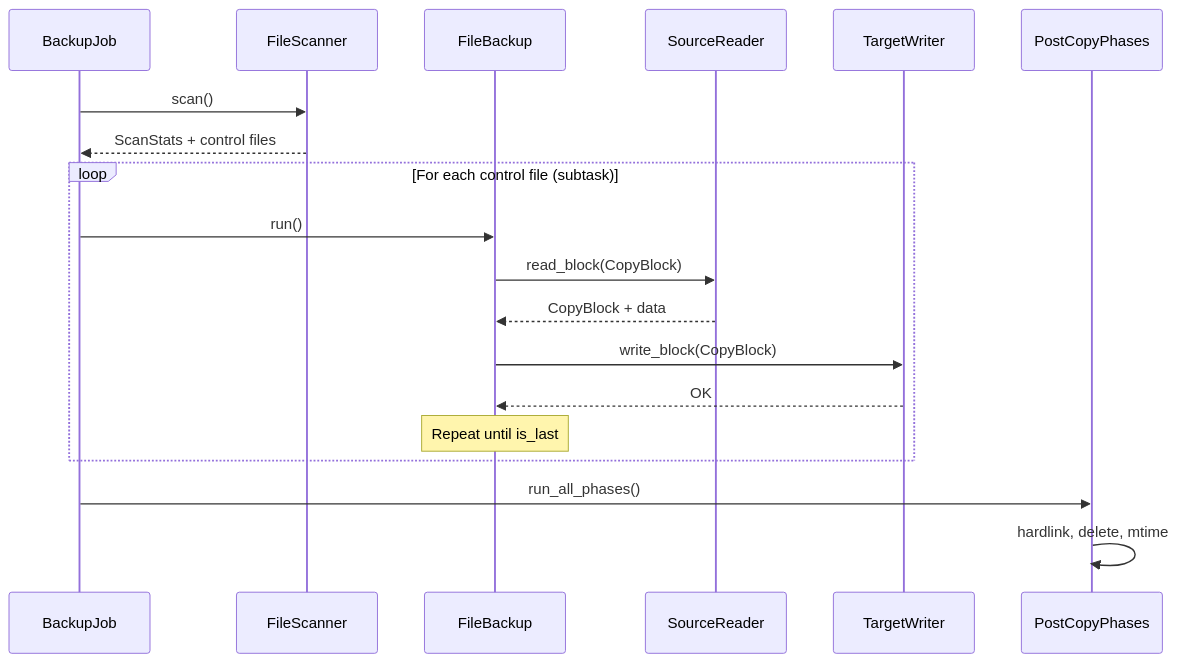
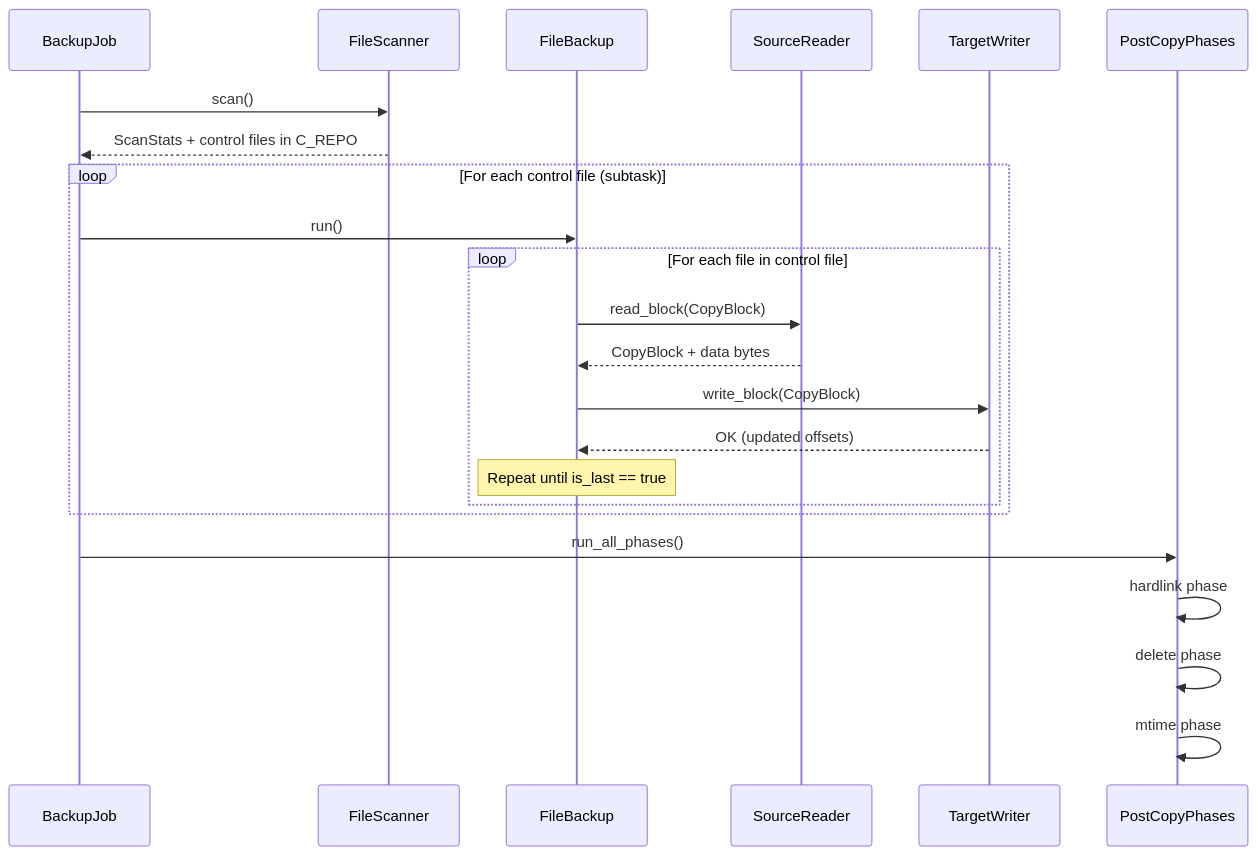
Before and after one commit to XUranus/fpt-rs: the second of 3 diagrams in wiki/docs/transports/traits.md, drawn with Mermaid. The commit also changed other lines of this file and 60 other files, not shown here.

First line of the commit message:
Enhance wiki: code snippets, mermaid diagrams, i18n zh-CN support

````diff
--- a/wiki/docs/transports/traits.md
+++ b/wiki/docs/transports/traits.md
@@ -321,24 +364,28 @@
 ```mermaid
 sequenceDiagram
     participant Job as BackupJob
     participant Scanner as FileScanner
     participant Subtask as FileBackup
     participant Reader as SourceReader
     participant Writer as TargetWriter
     participant Phases as PostCopyPhases
 
     Job->>Scanner: scan()
-    Scanner-->>Job: ScanStats + control files
+    Scanner-->>Job: ScanStats + control files in C_REPO
 
     loop For each control file (subtask)
         Job->>Subtask: run()
-        Subtask->>Reader: read_block(CopyBlock)
-        Reader-->>Subtask: CopyBlock + data
-        Subtask->>Writer: write_block(CopyBlock)
-        Writer-->>Subtask: OK
-        Note over Subtask: Repeat until is_last
+        loop For each file in control file
+            Subtask->>Reader: read_block(CopyBlock)
+            Reader-->>Subtask: CopyBlock + data bytes
+            Subtask->>Writer: write_block(CopyBlock)
+            Writer-->>Subtask: OK (updated offsets)
+            Note over Subtask: Repeat until is_last == true
+        end
     end
 
     Job->>Phases: run_all_phases()
-    Phases->>Phases: hardlink, delete, mtime
+    Phases->>Phases: hardlink phase
+    Phases->>Phases: delete phase
+    Phases->>Phases: mtime phase
 ```
````
